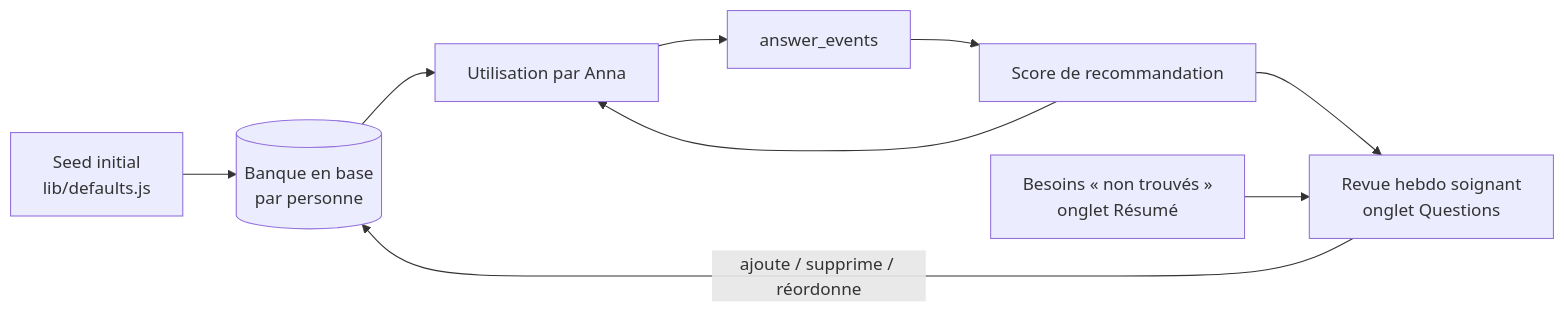
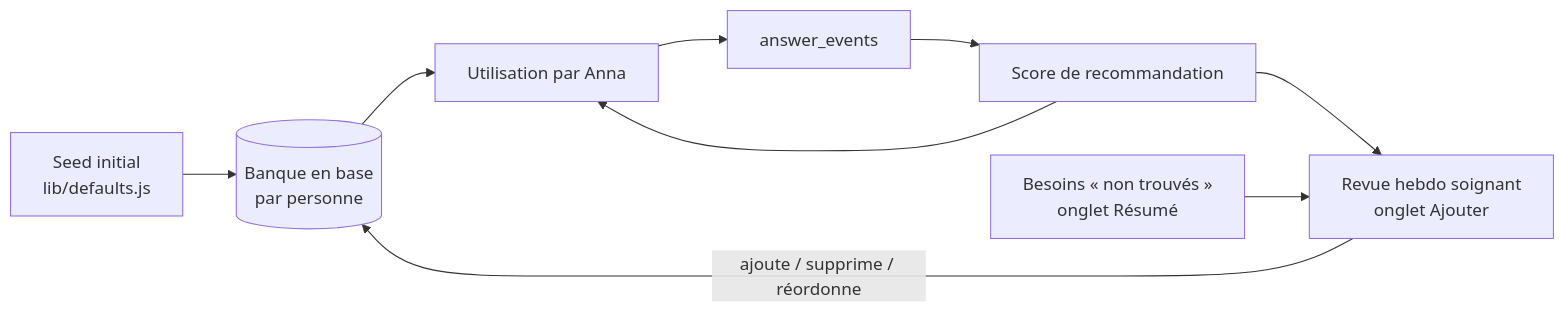
Before and after one commit to amine-bazi/annahacktathon26: the fifth of 5 diagrams in anna-vercel/docs/ARCHITECTURE.md, drawn with Mermaid. The commit also changed other lines of this file and 16 other files, not shown here.

First line of the commit message:
Grille thèmes/pictogrammes, Top 3, gestes gauche=oui / droite=non, onglet Ajouter

````diff
--- a/anna-vercel/docs/ARCHITECTURE.md
+++ b/anna-vercel/docs/ARCHITECTURE.md
@@ -326,11 +328,11 @@
 ```mermaid
 flowchart LR
   S["Seed initial<br/>lib/defaults.js"] --> B[("Banque en base<br/>par personne")]
   B --> U["Utilisation par Anna"]
   U --> E["answer_events"]
   E --> R["Score de recommandation"]
   R --> U
-  R --> V["Revue hebdo soignant<br/>onglet Questions"]
+  R --> V["Revue hebdo soignant<br/>onglet Ajouter"]
   N["Besoins « non trouvés »<br/>onglet Résumé"] --> V
   V -- "ajoute / supprime / réordonne" --> B
 ```
````
